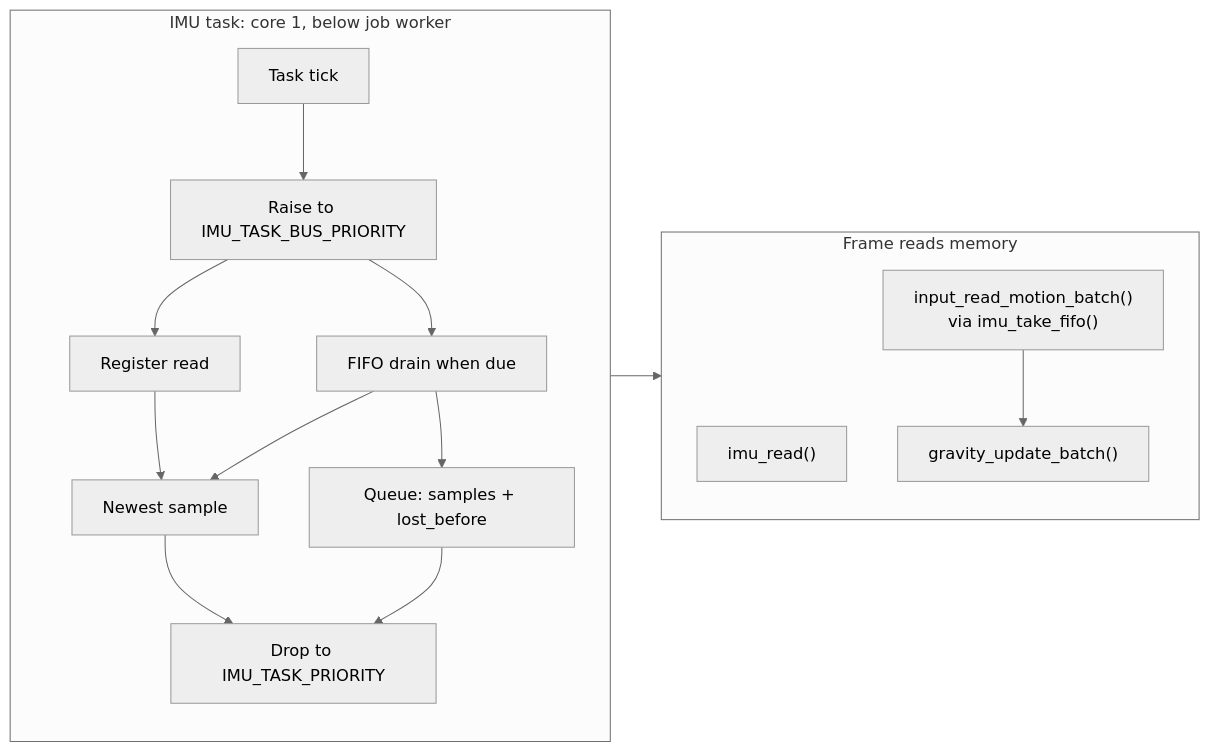
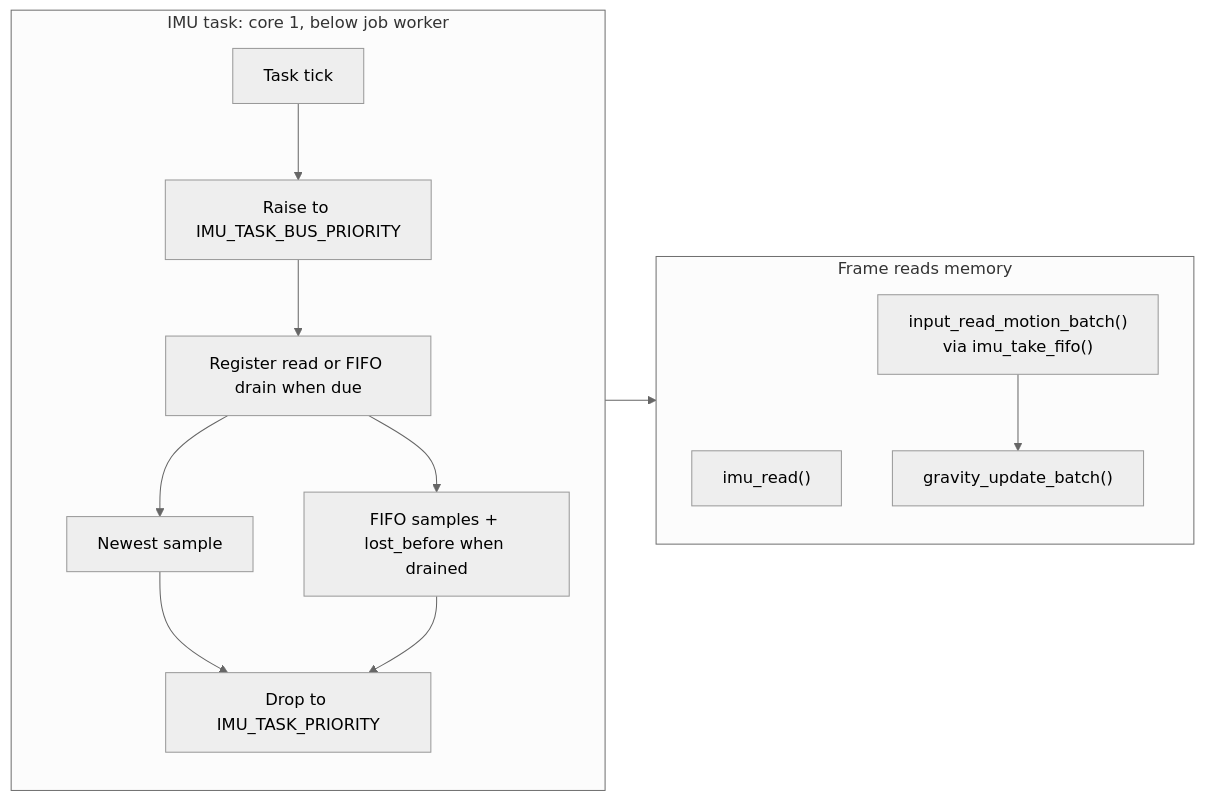
Before and after one commit to jose-villegas/autana: the first of 2 diagrams in docs/input/Gravity.md, drawn with Mermaid (neutral theme). The commit also changed other lines of this file and 3 other files, not shown here.

Commit message:
input: clarify gravity reference and trust figure

````diff
--- a/docs/input/Gravity.md
+++ b/docs/input/Gravity.md
@@ -24,17 +27,15 @@
 ```mermaid
 flowchart LR
     subgraph Task["IMU task: core 1, below job worker"]
         direction TB
-        Tick["Task tick"] --> Boost["Raise to IMU_TASK_BUS_PRIORITY"]
-        Boost --> Read["Register read"] & Drain["FIFO drain when due"]
-        Read --> Newest["Newest sample"]
-        Drain --> Newest & Queue["Queue: samples + lost_before"]
+        Tick["Task tick"] --> Boost["Raise to IMU_TASK_BUS_PRIORITY"] --> Read["Register read or FIFO drain when due"]
+        Read --> Newest["Newest sample"] & Queue["FIFO samples + lost_before when drained"]
         Newest & Queue --> Drop["Drop to IMU_TASK_PRIORITY"]
     end
     subgraph Frame["Frame reads memory"]
         direction TB
         R["imu_read()"]
         T["input_read_motion_batch()<br/>via imu_take_fifo()"] --> G["gravity_update_batch()"]
     end
     Task --> Frame
 ```
````
